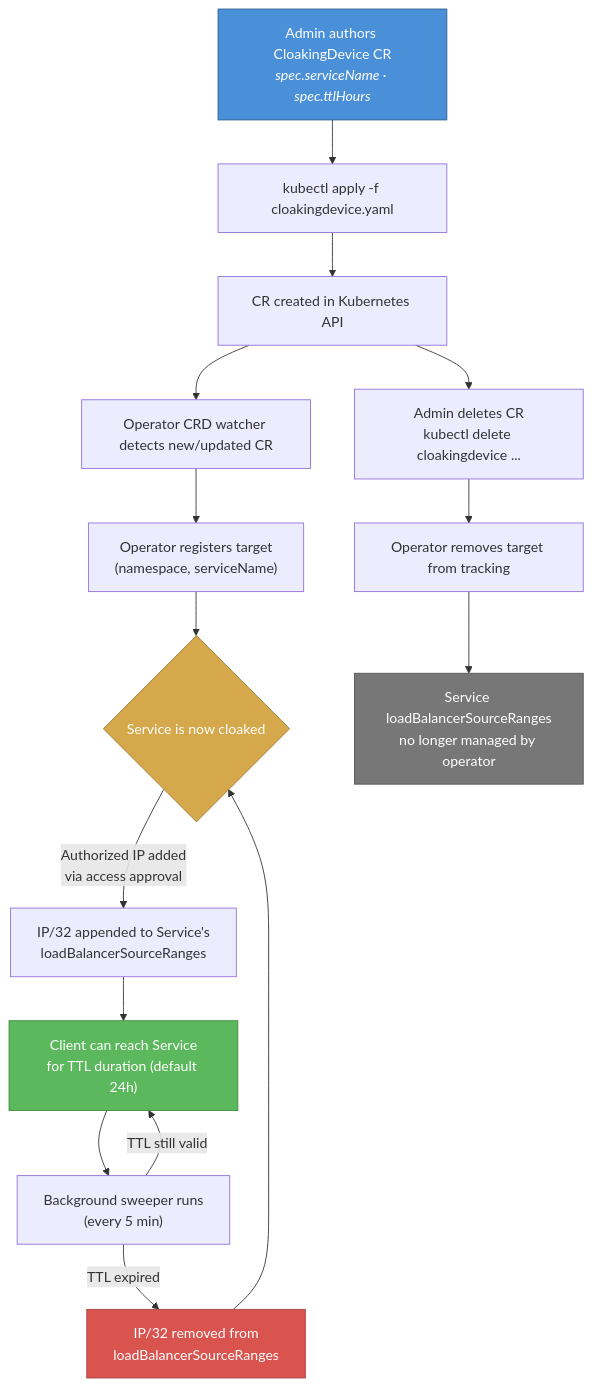
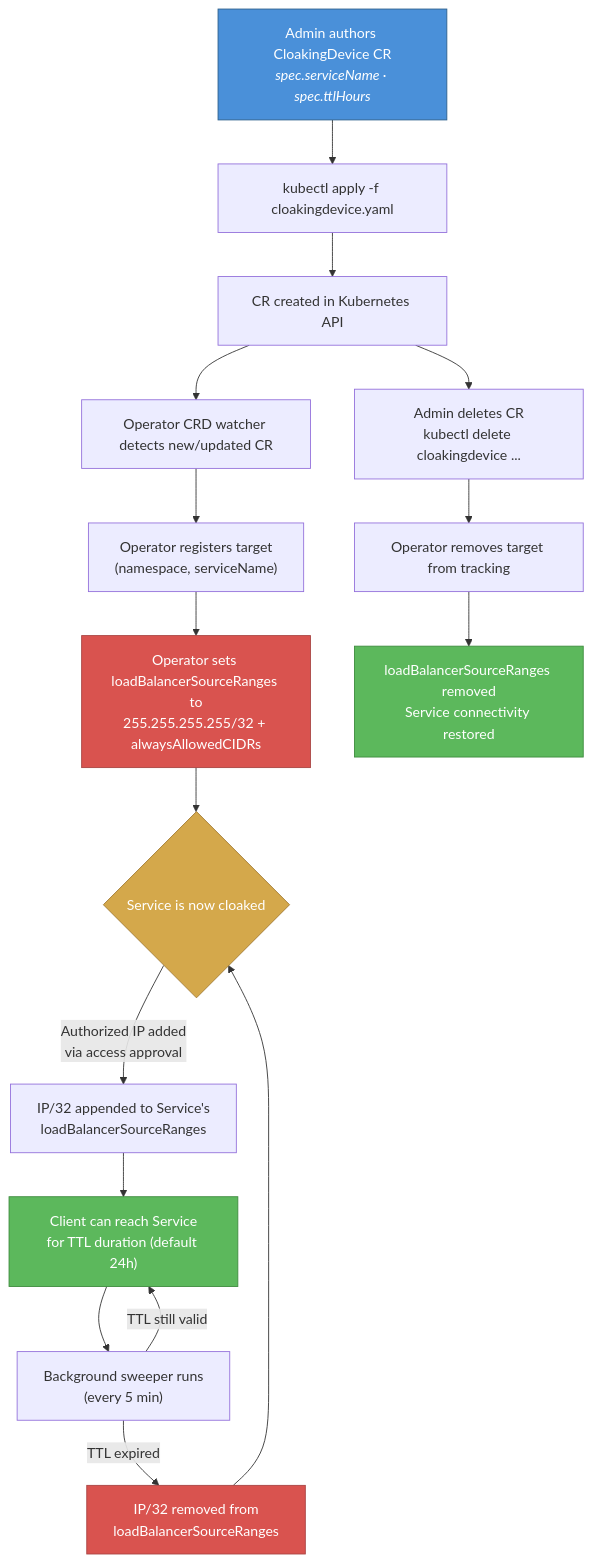
Before and after one commit to TheNotary/klingon-cloaking-device: the diagram in docs/diagram_operator_process_flow.md, drawn with Mermaid. The commit also changed other lines of this file and 2 other files, not shown here.

````diff
--- a/docs/diagram_operator_process_flow.md
+++ b/docs/diagram_operator_process_flow.md
@@ -5,24 +5,26 @@
 ```mermaid
 graph TD
     A[Admin authors CloakingDevice CR<br/><i>spec.serviceName · spec.ttlHours</i>] --> B["kubectl apply -f cloakingdevice.yaml"]
     B --> C[CR created in Kubernetes API]
     C --> D[Operator CRD watcher detects new/updated CR]
     D --> E["Operator registers target<br/>(namespace, serviceName)"]
-    E --> F{Service is now cloaked}
+    E --> E2["Operator sets loadBalancerSourceRanges to<br/>255.255.255.255/32 + alwaysAllowedCIDRs"]
+    E2 --> F{Service is now cloaked}
     F -->|Authorized IP added<br/>via access approval| G["IP/32 appended to Service's<br/>loadBalancerSourceRanges"]
     G --> H["Client can reach Service<br/>for TTL duration (default 24h)"]
     H --> I["Background sweeper runs<br/>(every 5 min)"]
     I -->|TTL expired| J["IP/32 removed from<br/>loadBalancerSourceRanges"]
     J --> F
     I -->|TTL still valid| H
 
     C --> K["Admin deletes CR<br/>kubectl delete cloakingdevice ..."]
     K --> L[Operator removes target from tracking]
-    L --> M["Service loadBalancerSourceRanges<br/>no longer managed by operator"]
+    L --> M["loadBalancerSourceRanges removed<br/>Service connectivity restored"]
 
     style A fill:#4a90d9,stroke:#2c5f8a,color:#fff
+    style E2 fill:#d9534f,stroke:#a94442,color:#fff
     style F fill:#d4a84b,stroke:#a07830,color:#fff
     style H fill:#5cb85c,stroke:#3d8b3d,color:#fff
     style J fill:#d9534f,stroke:#a94442,color:#fff
-    style M fill:#777,stroke:#555,color:#fff
+    style M fill:#5cb85c,stroke:#3d8b3d,color:#fff
 ```
````
